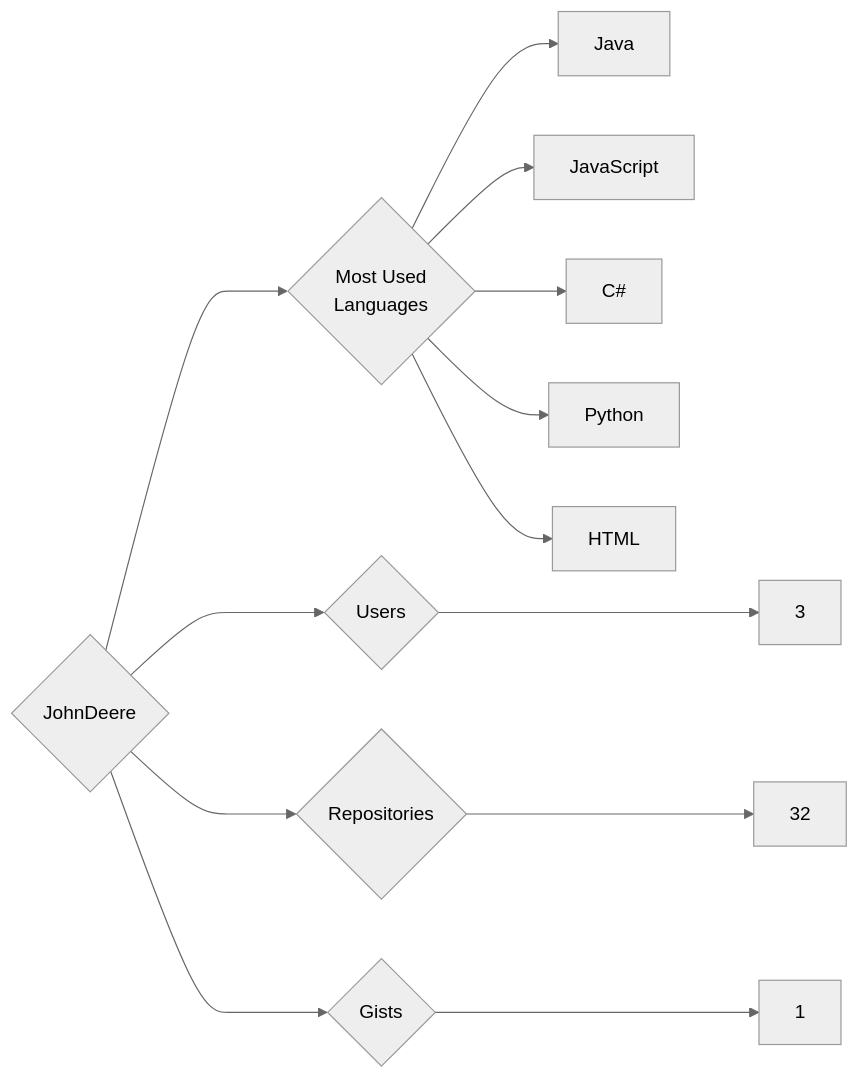
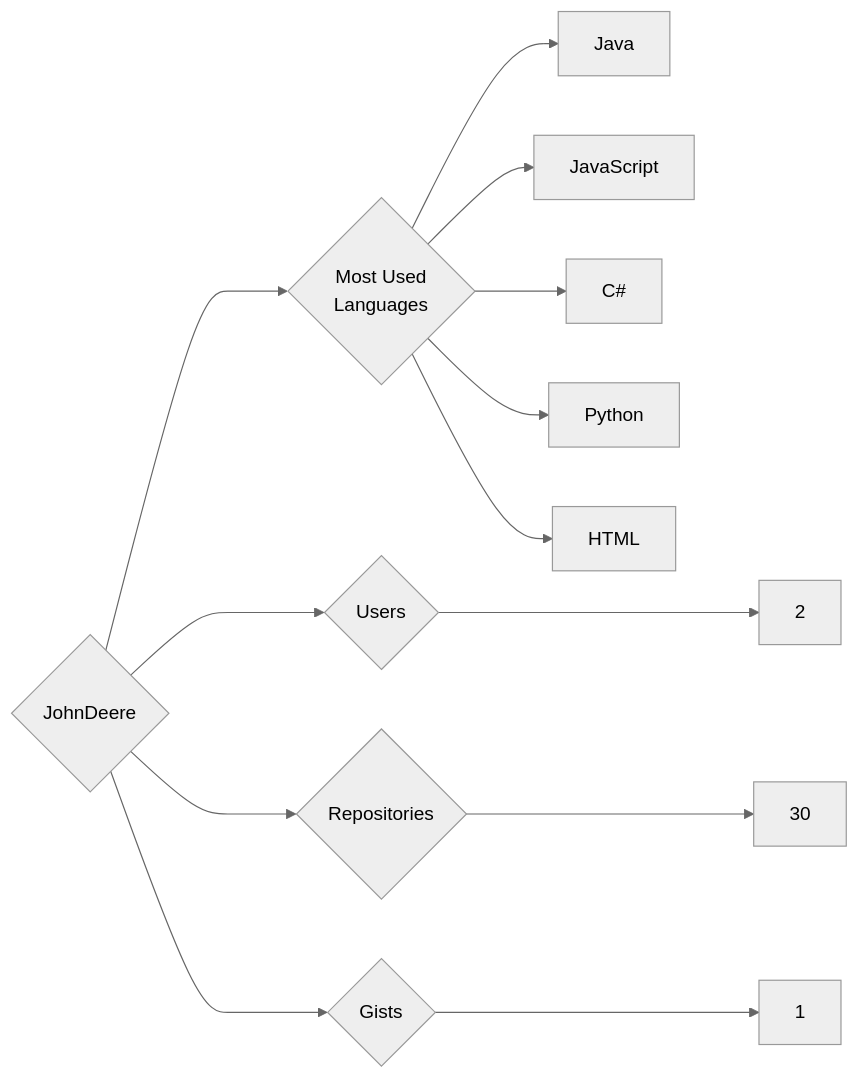
One commit to trickest/insiders changed the diagram in targets/JohnDeere/README.md. Above: the diagram before and after it, drawn with Mermaid (neutral theme). The commit also changed 636 other files, not shown here.

````diff
--- a/targets/JohnDeere/README.md
+++ b/targets/JohnDeere/README.md
@@ -3,13 +3,13 @@
 ```mermaid
 graph LR
 COMPANY_NAME{JohnDeere}
-COMPANY_NAME ---> U{Users} ---> UN[3]
-COMPANY_NAME ---> R{Repositories} ---> RN[32]
+COMPANY_NAME ---> U{Users} ---> UN[2]
+COMPANY_NAME ---> R{Repositories} ---> RN[30]
 COMPANY_NAME ---> G{Gists} ---> GN[1]
 COMPANY_NAME ---> ML{Most Used<br>Languages}
 ML --> Java[Java]
 ML --> JavaScript[JavaScript]
 ML --> C#[C#]
 ML --> Python[Python]
 ML --> HTML[HTML]
 ```
````
